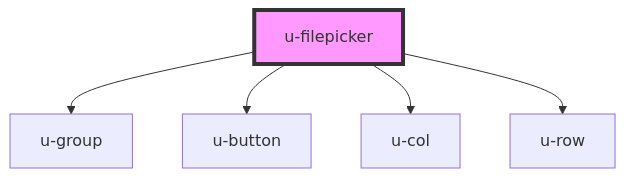
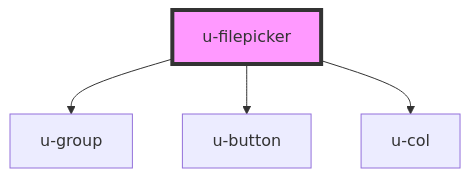
Before and after one commit to theUrbans/uniform: the diagram in src/components/u-filepicker/readme.md, drawn with Mermaid. The commit also changed other lines of this file and 25 other files, not shown here.

````diff
--- a/src/components/u-filepicker/readme.md
+++ b/src/components/u-filepicker/readme.md
@@ -37,8 +36,7 @@
 ```mermaid
 graph TD;
   u-filepicker --> u-group
   u-filepicker --> u-button
   u-filepicker --> u-col
-  u-filepicker --> u-row
   style u-filepicker fill:#f9f,stroke:#333,stroke-width:4px
 ```
````
